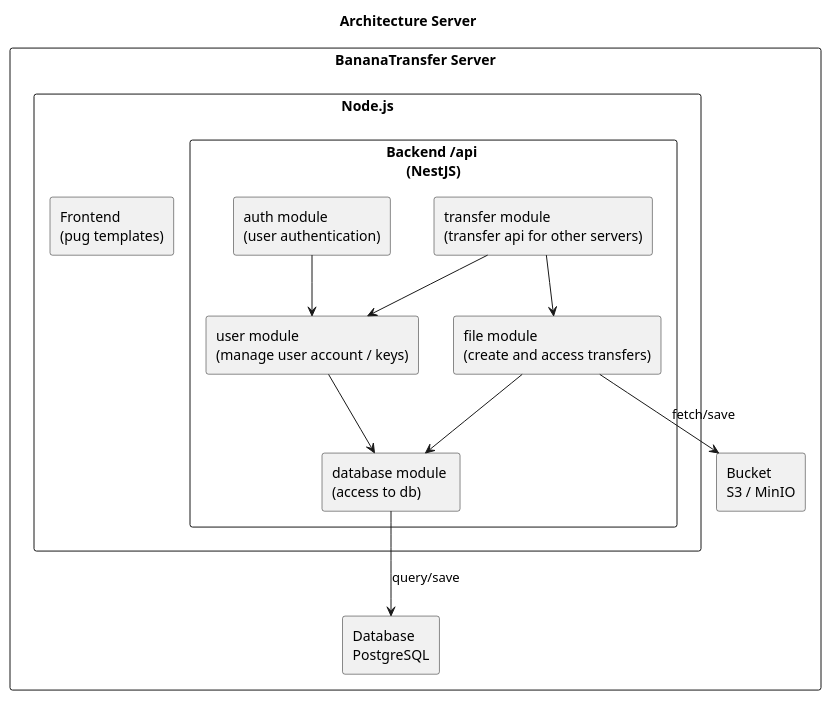
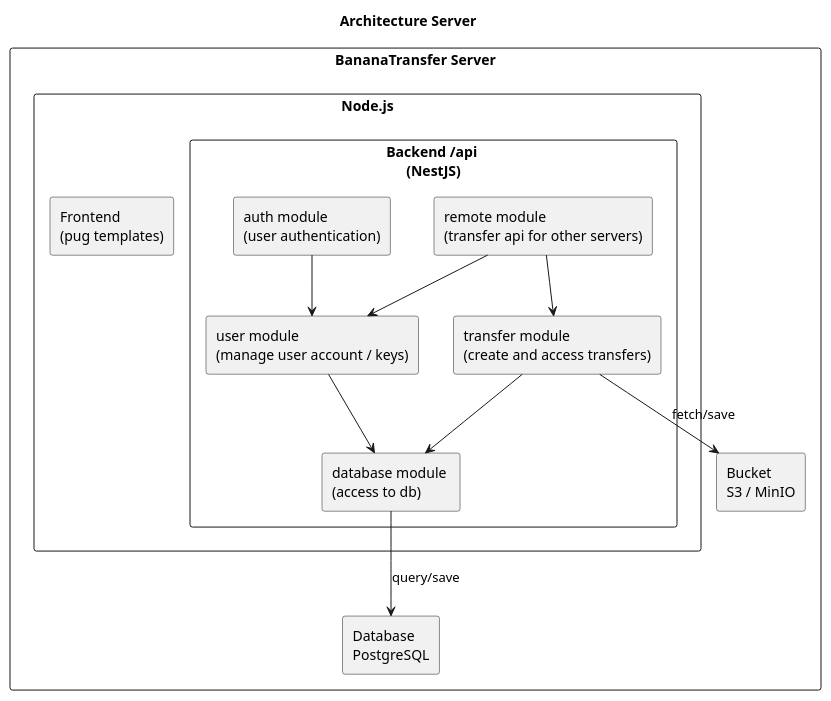
Before and after one commit to BananaTransfer/BananaTransfer: the diagram in documents/umls/architecture_server.puml, drawn with PlantUML. The commit also changed 38 other files, not shown here.

```diff
--- a/documents/umls/architecture_server.puml
+++ b/documents/umls/architecture_server.puml
@@ -1,27 +1,27 @@
 @startuml
 title Architecture Server
 
 rectangle "BananaTransfer Server" as srv {
     rectangle "Node.js" as node {
         rectangle "Frontend \n(pug templates)" as frontend
         rectangle "Backend /api \n(NestJS)" as backend {
             rectangle "auth module \n(user authentication)" as auth
             rectangle "database module \n(access to db)" as db_mod
-            rectangle "file module \n(create and access transfers)" as file
-            rectangle "transfer module \n(transfer api for other servers)" as transfer
+            rectangle "transfer module \n(create and access transfers)" as transfer
+            rectangle "remote module \n(transfer api for other servers)" as remote
             rectangle "user module \n(manage user account / keys)" as usr
         }
     }
     rectangle "Database \nPostgreSQL" as db
     rectangle "Bucket \nS3 / MinIO" as s3
 }
 
 db_mod -down-> db: "query/save"
-file -down-> s3: "fetch/save"
+transfer -down-> s3: "fetch/save"
+transfer --> db_mod
+usr --> db_mod
 auth --> usr
-file --> db_mod
-transfer --> usr
-usr --> db_mod
-transfer --> file
+remote --> usr
+remote --> transfer
 
 @enduml
```
